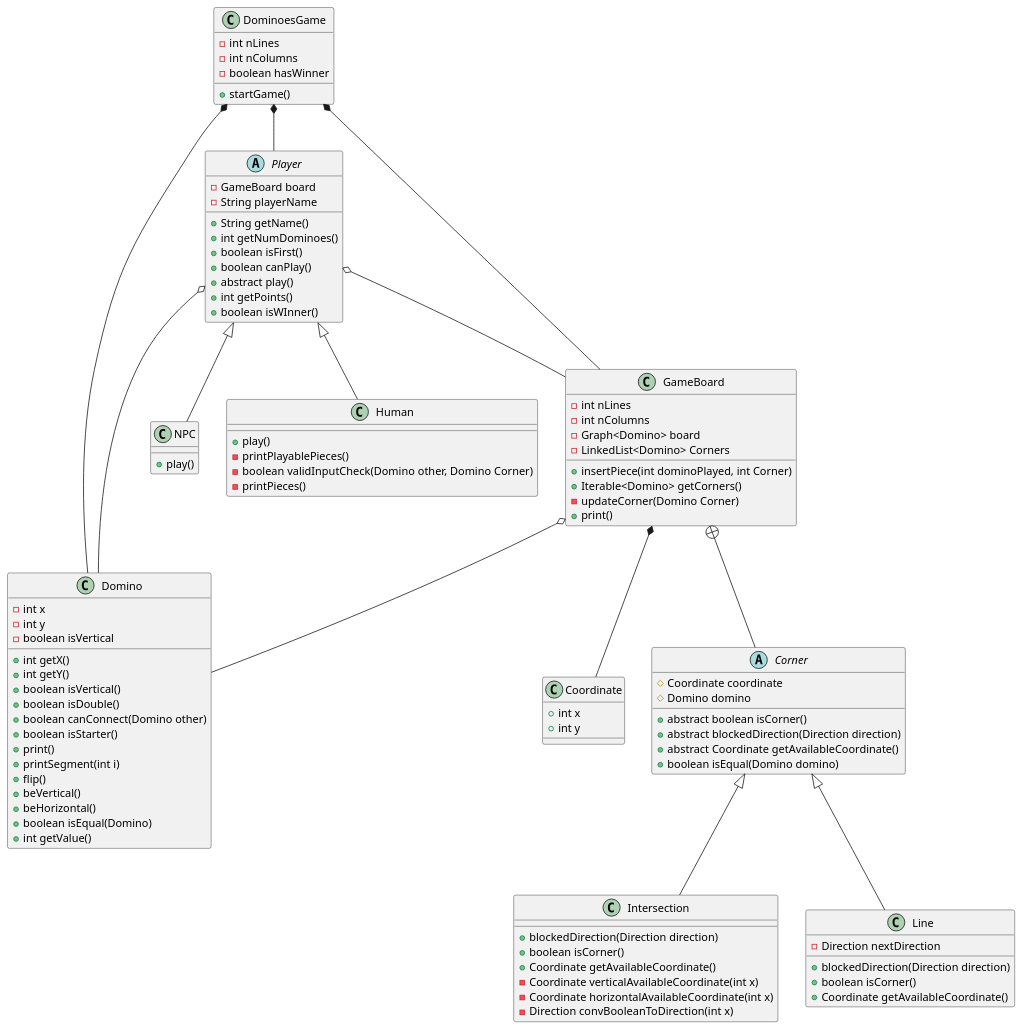
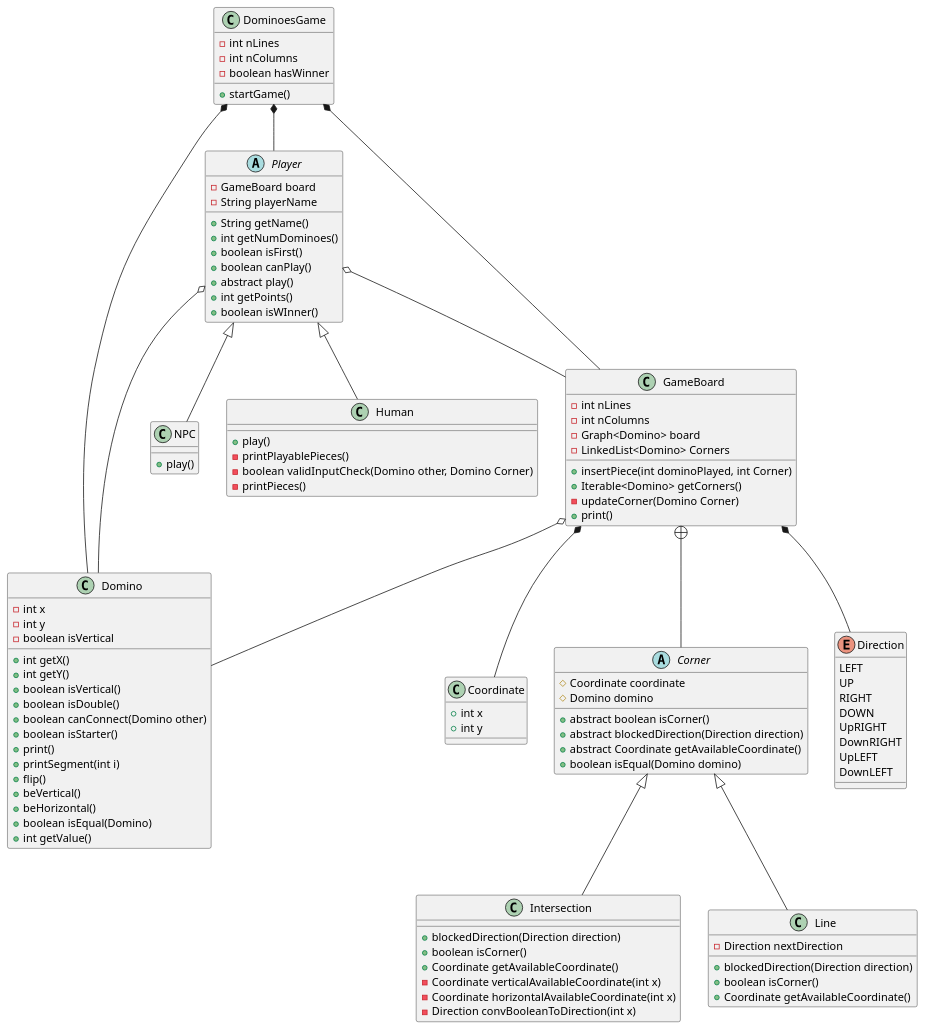
The diagram in src/DominoUML.puml (afonsoflou/DominoPOO), drawn with PlantUML before and after one commit. The commit also changed 1 other file, not shown here.

```diff
--- a/src/DominoUML.puml
+++ b/src/DominoUML.puml
@@ -1,114 +1,125 @@
 @startuml
 
 class Domino {
     - int x
     - int y
     - boolean isVertical
 
     + int getX()
     + int getY()
     + boolean isVertical()
     + boolean isDouble()
     + boolean canConnect(Domino other)
     + boolean isStarter()
     + print()
     + printSegment(int i)
     + flip()
     + beVertical()
     + beHorizontal()
     + boolean isEqual(Domino)
     + int getValue()
 }
 
 class GameBoard {
     - int nLines
     - int nColumns
     - Graph<Domino> board
     - LinkedList<Domino> Corners
 
     + insertPiece(int dominoPlayed, int Corner)
     + Iterable<Domino> getCorners()
     - updateCorner(Domino Corner)
     + print()
 }
 
 abstract class Player {
     - GameBoard board
     - String playerName
 
     + String getName()
     + int getNumDominoes()
     + boolean isFirst()
     + boolean canPlay()
     + abstract play()
     + int getPoints()
     + boolean isWInner()
 }
 
 class DominoesGame {
     - int nLines
     - int nColumns
     - boolean hasWinner
     + startGame()
 }
 
 class Human {
 
     + play()
     - printPlayablePieces()
     - boolean validInputCheck(Domino other, Domino Corner)
     - printPieces()
 }
 
 class NPC {
 
     + play()
 }
 
 class Coordinate{
     +int x
     +int y
 }
 
 abstract class Corner{
     #Coordinate coordinate
     #Domino domino
 
     +abstract boolean isCorner()
     +abstract blockedDirection(Direction direction)
     +abstract Coordinate getAvailableCoordinate()
     +boolean isEqual(Domino domino)
 }
 
 class Intersection{
  + blockedDirection(Direction direction)
  + boolean isCorner()
  + Coordinate getAvailableCoordinate()
  - Coordinate verticalAvailableCoordinate(int x)
  - Coordinate horizontalAvailableCoordinate(int x)
  - Direction convBooleanToDirection(int x)
 }
 
 class Line{
   -Direction nextDirection
 
   + blockedDirection(Direction direction)
   + boolean isCorner()
   + Coordinate getAvailableCoordinate()
 }
 
+enum Direction{
+    LEFT
+    UP
+    RIGHT
+    DOWN
+    UpRIGHT
+    DownRIGHT
+    UpLEFT
+    DownLEFT
+}
 
 DominoesGame *-- Domino
 DominoesGame *-- GameBoard
 DominoesGame *-- Player
 GameBoard *-- Coordinate
+GameBoard *-- Direction
 GameBoard o-- Domino
 Player o-- Domino
 Player o-- GameBoard
 Player <|-- Human
 Player <|--NPC
 Corner <|-- Intersection
 Corner <|-- Line
 GameBoard +-- Corner
 
 @enduml
```
